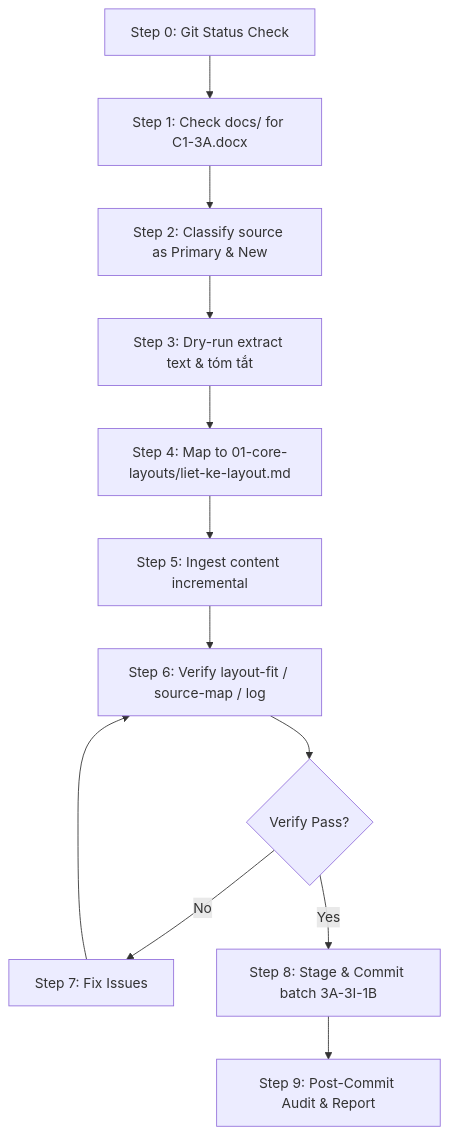
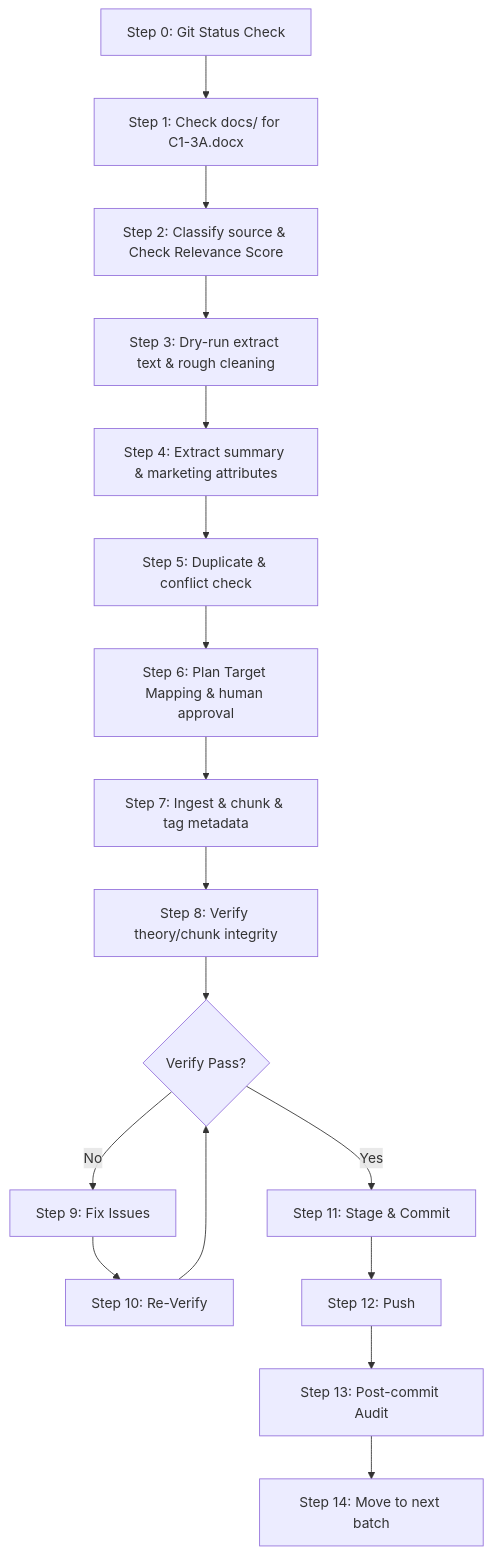
The diagram in agentic-ai-content-marketing-skill/10-system/safety/INGESTION_SOP.md (ien4/AgentSkills_ContentMarketing), drawn with Mermaid before and after one commit. The commit also changed other lines of this file and 2 other files, not shown here.

````diff
--- a/agentic-ai-content-marketing-skill/10-system/safety/INGESTION_SOP.md
+++ b/agentic-ai-content-marketing-skill/10-system/safety/INGESTION_SOP.md
@@ -203,14 +201,19 @@
 ```mermaid
 graph TD
     A[Step 0: Git Status Check] --> B[Step 1: Check docs/ for C1-3A.docx]
-    B --> C[Step 2: Classify source as Primary & New]
-    C --> D[Step 3: Dry-run extract text & tóm tắt]
-    D --> E[Step 4: Map to 01-core-layouts/liet-ke-layout.md]
-    E --> F[Step 5: Ingest content incremental]
-    F --> G[Step 6: Verify layout-fit / source-map / log]
-    G --> H{Verify Pass?}
-    H -- No --> I[Step 7: Fix Issues]
-    I --> G
-    H -- Yes --> J[Step 8: Stage & Commit batch 3A-3I-1B]
-    J --> K[Step 9: Post-Commit Audit & Report]
+    B --> C[Step 2: Classify source & Check Relevance Score]
+    C --> D[Step 3: Dry-run extract text & rough cleaning]
+    D --> E[Step 4: Extract summary & marketing attributes]
+    E --> F[Step 5: Duplicate & conflict check]
+    F --> G[Step 6: Plan Target Mapping & human approval]
+    G --> H[Step 7: Ingest & chunk & tag metadata]
+    H --> I[Step 8: Verify theory/chunk integrity]
+    I --> J{Verify Pass?}
+    J -- No --> K[Step 9: Fix Issues]
+    K --> L[Step 10: Re-Verify]
+    L --> J
+    J -- Yes --> M[Step 11: Stage & Commit]
+    M --> N[Step 12: Push]
+    N --> O[Step 13: Post-commit Audit]
+    O --> P[Step 14: Move to next batch]
 ```
````
